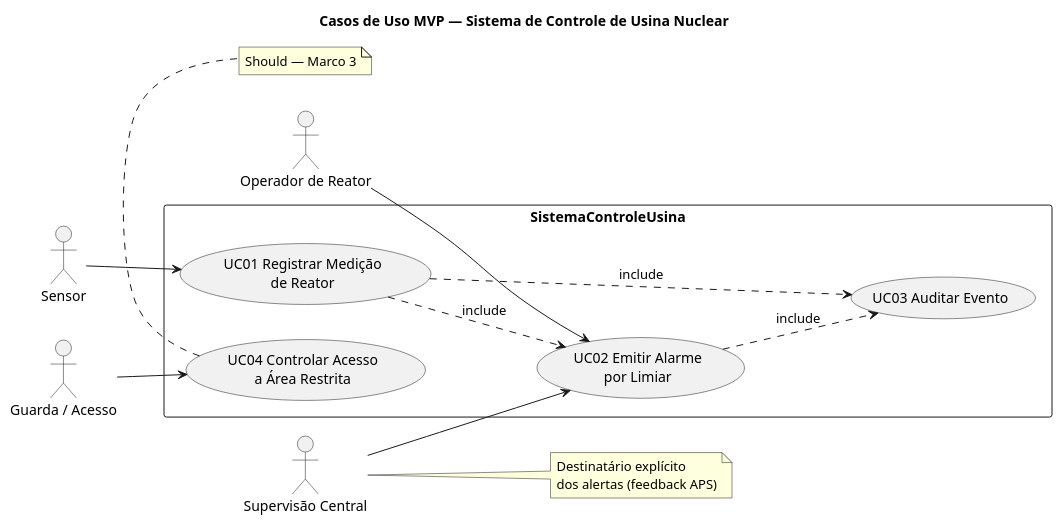
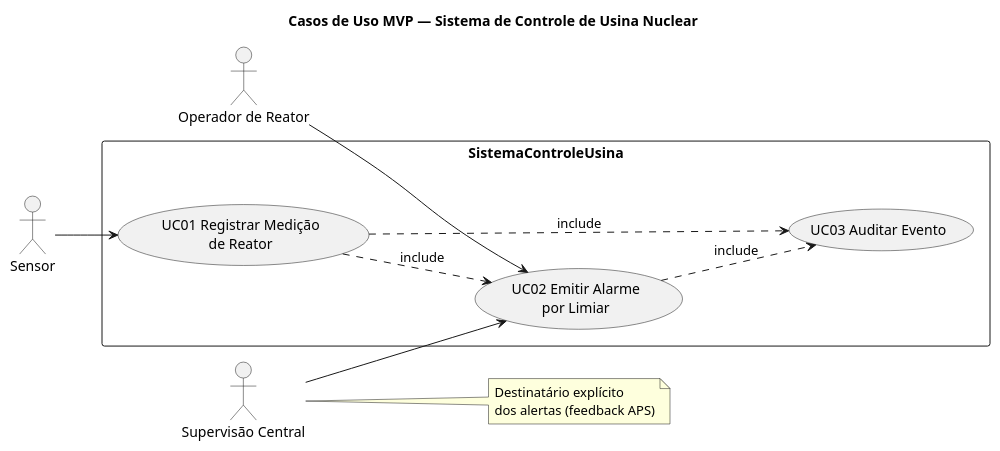
One commit to rlampago22/RP-IV changed the diagram in docs/marco1/diagramas/casos-de-uso-mvp.puml. Above: the diagram before and after it, drawn with PlantUML. The commit also changed 36 other files, not shown here.

Commit message:
docs: substituir Mermaid por UML e alinhar arquitetura

```diff
--- a/docs/marco1/diagramas/casos-de-uso-mvp.puml
+++ b/docs/marco1/diagramas/casos-de-uso-mvp.puml
@@ -1,37 +1,30 @@
 @startuml casos-de-uso-mvp
 title Casos de Uso MVP — Sistema de Controle de Usina Nuclear
 left to right direction
 skinparam shadowing false
 skinparam packageStyle rectangle
 
 actor "Operador de Reator" as Op
 actor "Supervisão Central" as Sup
 actor "Sensor" as Sen
-actor "Guarda / Acesso" as Guarda
 
 rectangle "SistemaControleUsina" {
   usecase "UC01 Registrar Medição\nde Reator" as UC01
   usecase "UC02 Emitir Alarme\npor Limiar" as UC02
   usecase "UC03 Auditar Evento" as UC03
-  usecase "UC04 Controlar Acesso\na Área Restrita" as UC04
 }
 
 Sen --> UC01
 Op --> UC02
 Sup --> UC02
-Guarda --> UC04
 
 UC01 ..> UC02 : «include»
 UC01 ..> UC03 : «include»
 UC02 ..> UC03 : «include»
 
 note right of Sup
   Destinatário explícito
   dos alertas (feedback APS)
 end note
 
-note bottom of UC04
-  Should — Marco 3
-end note
-
 @enduml
```
